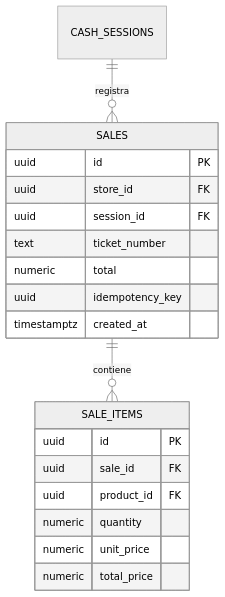
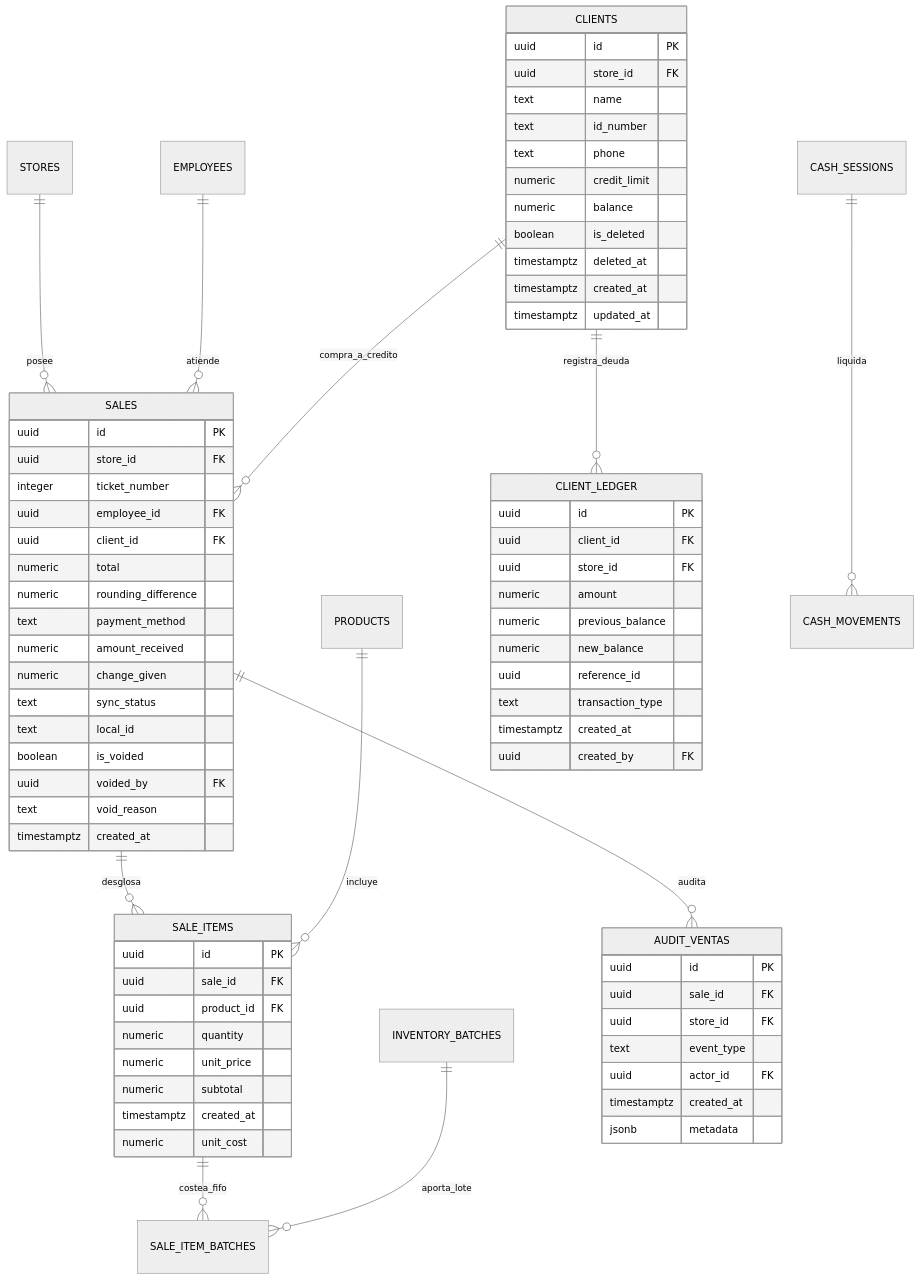
The fourth of 4 diagrams in documentation/01_requirements/SDD/SDD_007_NUCLEO_VENTAS_PADRE.md (YamirJCF/tienda-barrio-pro), drawn with Mermaid (neutral theme) before and after one commit. The commit also changed other lines of this file, not shown here.

````diff
--- a/documentation/01_requirements/SDD/SDD_007_NUCLEO_VENTAS_PADRE.md
+++ b/documentation/01_requirements/SDD/SDD_007_NUCLEO_VENTAS_PADRE.md
@@ -114,24 +440,80 @@
 ```mermaid
 erDiagram
-    SALES ||--o{ SALE_ITEMS : contiene
-    CASH_SESSIONS ||--o{ SALES : registra
+    STORES ||--o{ SALES : posee
+    EMPLOYEES ||--o{ SALES : atiende
+    CLIENTS ||--o{ SALES : compra_a_credito
+    SALES ||--o{ SALE_ITEMS : desglosa
+    PRODUCTS ||--o{ SALE_ITEMS : incluye
+    SALE_ITEMS ||--o{ SALE_ITEM_BATCHES : costea_fifo
+    INVENTORY_BATCHES ||--o{ SALE_ITEM_BATCHES : aporta_lote
+    SALES ||--o{ AUDIT_VENTAS : audita
+    CLIENTS ||--o{ CLIENT_LEDGER : registra_deuda
+    CASH_SESSIONS ||--o{ CASH_MOVEMENTS : liquida
 
     SALES {
         uuid id PK
         uuid store_id FK
-        uuid session_id FK
-        text ticket_number
+        integer ticket_number
+        uuid employee_id FK
+        uuid client_id FK
         numeric total
-        uuid idempotency_key
+        numeric rounding_difference
+        text payment_method
+        numeric amount_received
+        numeric change_given
+        text sync_status
+        text local_id
+        boolean is_voided
+        uuid voided_by FK
+        text void_reason
         timestamptz created_at
     }
 
     SALE_ITEMS {
         uuid id PK
         uuid sale_id FK
         uuid product_id FK
         numeric quantity
         numeric unit_price
-        numeric total_price
+        numeric subtotal
+        timestamptz created_at
+        numeric unit_cost
+    }
+
+    CLIENTS {
+        uuid id PK
+        uuid store_id FK
+        text name
+        text id_number
+        text phone
+        numeric credit_limit
+        numeric balance
+        boolean is_deleted
+        timestamptz deleted_at
+        timestamptz created_at
+        timestamptz updated_at
+    }
+
+    CLIENT_LEDGER {
+        uuid id PK
+        uuid client_id FK
+        uuid store_id FK
+        numeric amount
+        numeric previous_balance
+        numeric new_balance
+        uuid reference_id
+        text transaction_type
+        timestamptz created_at
+        uuid created_by FK
+    }
+
+    AUDIT_VENTAS {
+        uuid id PK
+        uuid sale_id FK
+        uuid store_id FK
+        text event_type
+        uuid actor_id FK
+        timestamptz created_at
+        jsonb metadata
     }
 ```
````
